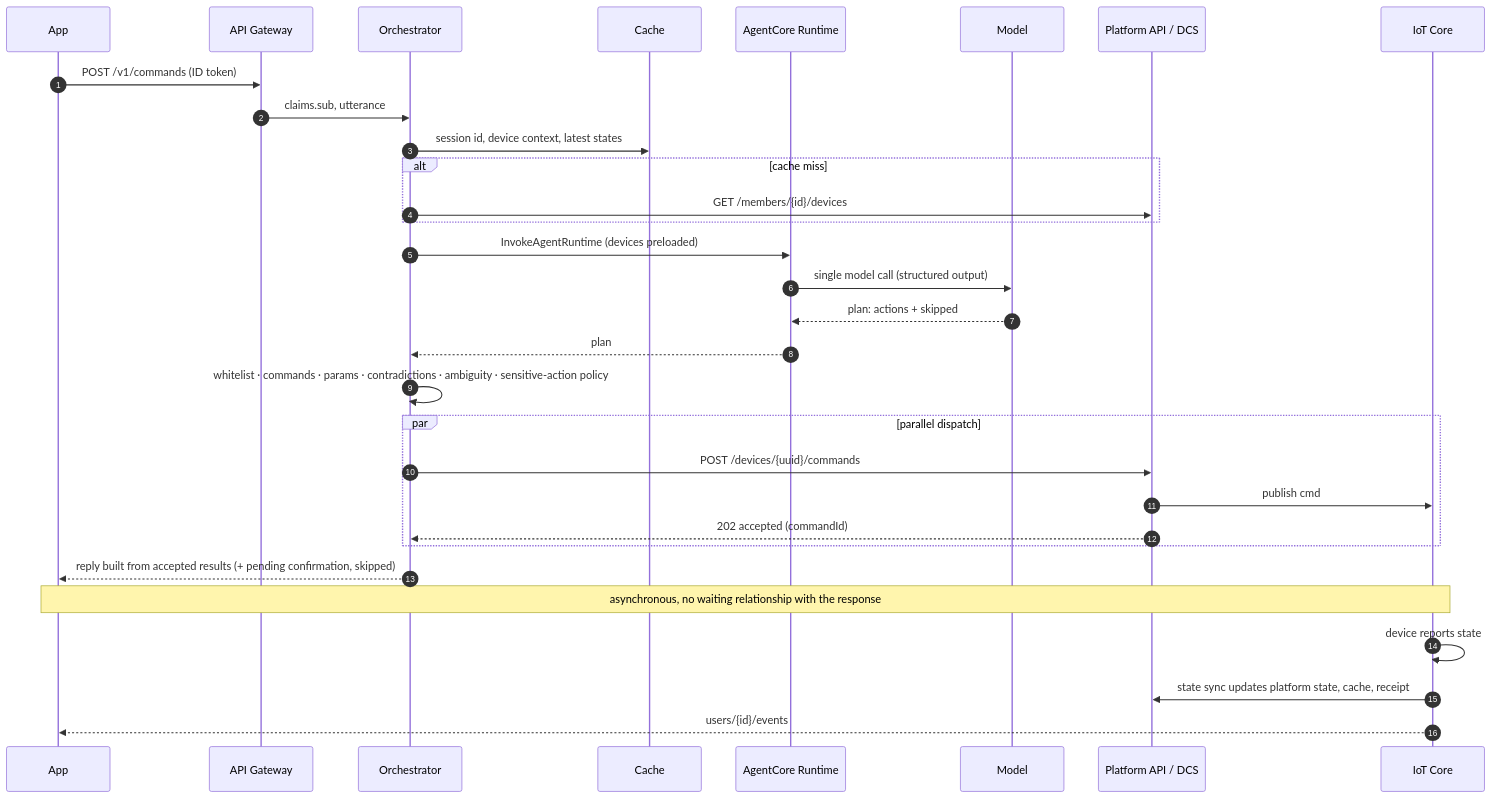
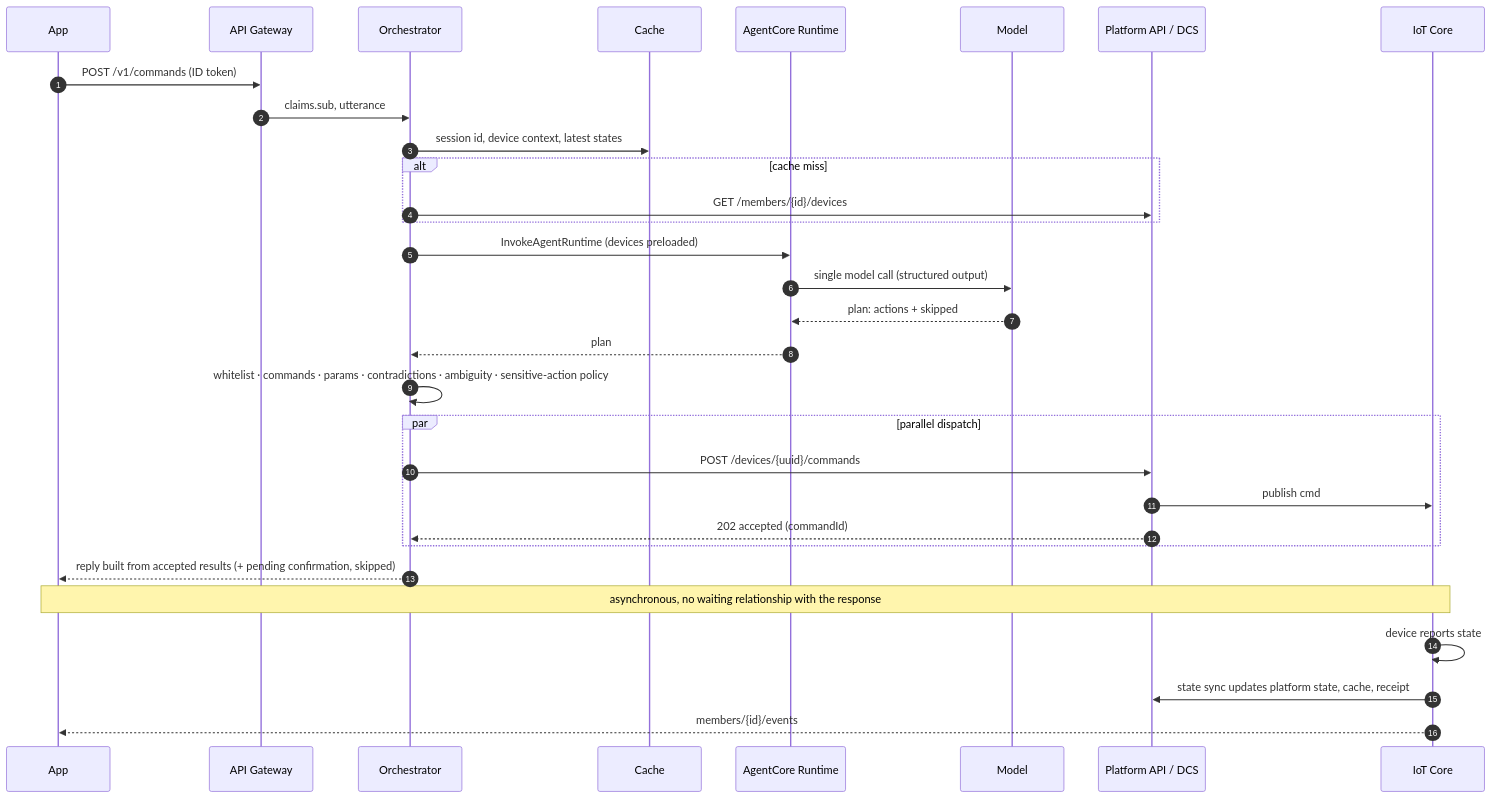
The second of 2 diagrams in docs/architecture.md (shaojiez202608/smart-home-nl-control-agentcore), drawn with Mermaid before and after one commit. The commit also changed 10 other files, not shown here.

````diff
--- a/docs/architecture.md
+++ b/docs/architecture.md
@@ -77,33 +77,33 @@
 ```mermaid
 sequenceDiagram
   autonumber
   participant App
   participant API as API Gateway
   participant O as Orchestrator
   participant C as Cache
   participant R as AgentCore Runtime
   participant M as Model
   participant P as Platform API / DCS
   participant I as IoT Core
   App->>API: POST /v1/commands (ID token)
   API->>O: claims.sub, utterance
   O->>C: session id, device context, latest states
   alt cache miss
     O->>P: GET /members/{id}/devices
   end
   O->>R: InvokeAgentRuntime (devices preloaded)
   R->>M: single model call (structured output)
   M-->>R: plan: actions + skipped
   R-->>O: plan
   O->>O: whitelist · commands · params · contradictions · ambiguity · sensitive-action policy
   par parallel dispatch
     O->>P: POST /devices/{uuid}/commands
     P->>I: publish cmd
     P-->>O: 202 accepted (commandId)
   end
   O-->>App: reply built from accepted results (+ pending confirmation, skipped)
   Note over I,App: asynchronous, no waiting relationship with the response
   I->>I: device reports state
   I->>P: state sync updates platform state, cache, receipt
-  I-->>App: users/{id}/events
+  I-->>App: members/{id}/events
 ```
````
